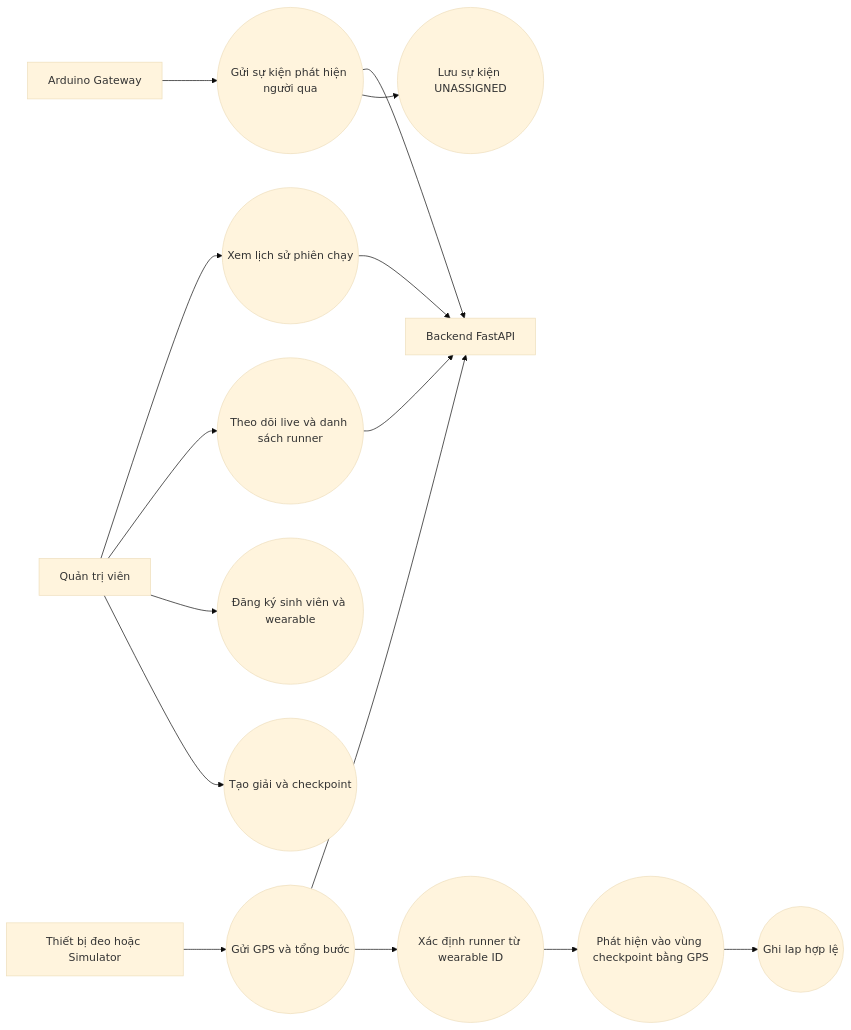
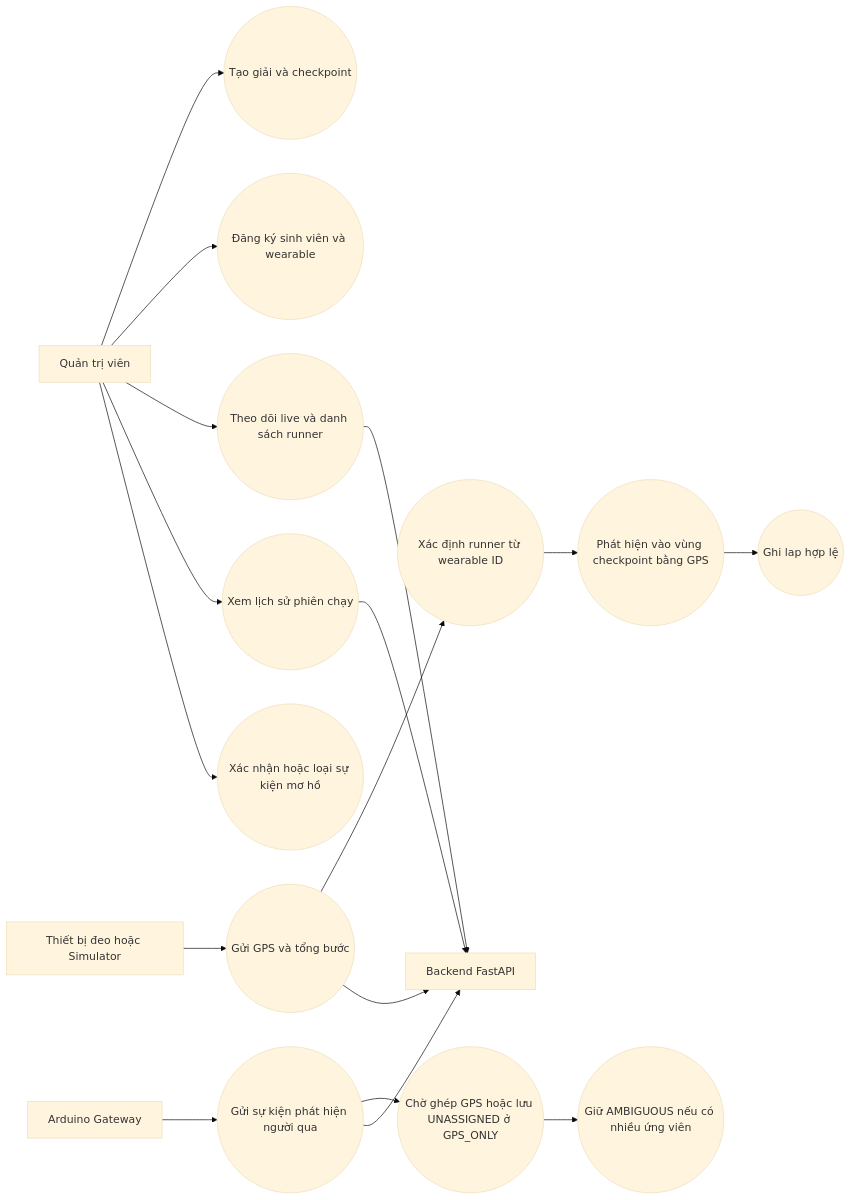
The ninth of 16 diagrams in docs/UML_DIAGRAMS.md (Dunnguyn/Smart_Running_Checkpoint_IoT), drawn with Mermaid (base theme) before and after one commit. The commit also changed other lines of this file and 6 other files, not shown here.

````diff
--- a/docs/UML_DIAGRAMS.md
+++ b/docs/UML_DIAGRAMS.md
@@ -248,17 +278,19 @@
 ```mermaid
 flowchart LR
   Admin[Quản trị viên] --> UC1((Tạo giải và checkpoint))
   Admin --> UC2((Đăng ký sinh viên và wearable))
   Admin --> UC3((Theo dõi live và danh sách runner))
   Admin --> UC4((Xem lịch sử phiên chạy))
   Wearable[Thiết bị đeo hoặc Simulator] --> UC5((Gửi GPS và tổng bước))
   UC5 --> UC6((Xác định runner từ wearable ID))
   UC6 --> UC7((Phát hiện vào vùng checkpoint bằng GPS))
   UC7 --> UC8((Ghi lap hợp lệ))
   Gateway[Arduino Gateway] --> UC9((Gửi sự kiện phát hiện người qua))
-  UC9 --> UC10((Lưu sự kiện UNASSIGNED))
+  UC9 --> UC10((Chờ ghép GPS hoặc lưu UNASSIGNED ở GPS_ONLY))
+  UC10 --> UC11((Giữ AMBIGUOUS nếu có nhiều ứng viên))
+  Admin --> UC12((Xác nhận hoặc loại sự kiện mơ hồ))
   UC3 --> Backend[Backend FastAPI]
   UC4 --> Backend
   UC5 --> Backend
   UC9 --> Backend
 ```
````
